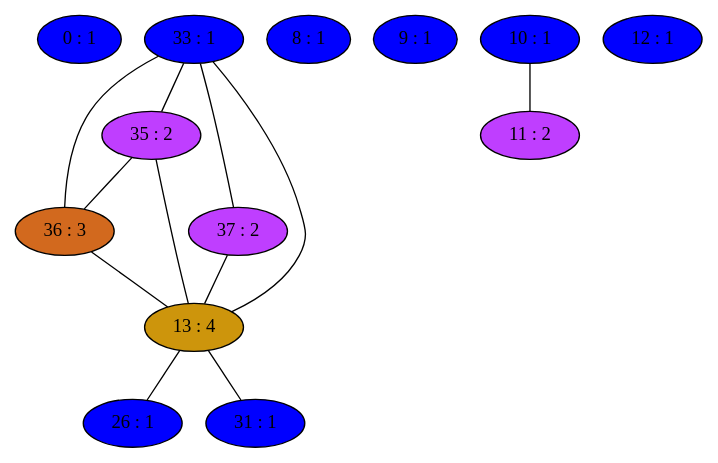
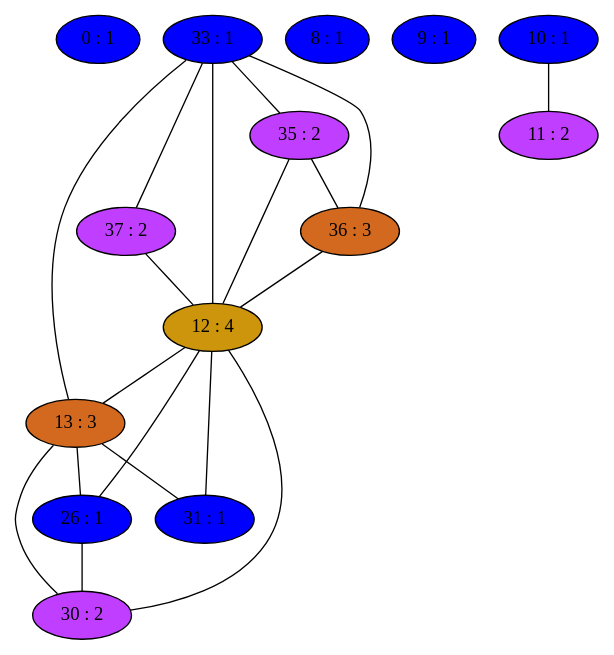
One commit to mbajaj92/Project-Astoria changed the diagram in Compiler/27iGraph.dot. Above: the diagram before and after it, drawn with Graphviz. The commit also changed 42 other files, not shown here.

```diff
--- a/Compiler/27iGraph.dot
+++ b/Compiler/27iGraph.dot
@@ -1,37 +1,52 @@
 strict graph {
 0[label="0 : 1" style=filled fillcolor="blue1"];
 33[label="33 : 1" style=filled fillcolor="blue1"];
 33 -- 35
 33 -- 36
 33 -- 37
+33 -- 12
 33 -- 13
 35[label="35 : 2" style=filled fillcolor="darkorchid1"];
 35 -- 33
 35 -- 36
-35 -- 13
+35 -- 12
 36[label="36 : 3" style=filled fillcolor="chocolate"];
 36 -- 33
 36 -- 35
-36 -- 13
+36 -- 12
 37[label="37 : 2" style=filled fillcolor="darkorchid1"];
 37 -- 33
-37 -- 13
+37 -- 12
 8[label="8 : 1" style=filled fillcolor="blue1"];
 9[label="9 : 1" style=filled fillcolor="blue1"];
 10[label="10 : 1" style=filled fillcolor="blue1"];
 10 -- 11
 11[label="11 : 2" style=filled fillcolor="darkorchid1"];
 11 -- 10
-12[label="12 : 1" style=filled fillcolor="blue1"];
-13[label="13 : 4" style=filled fillcolor="darkgoldenrod3"];
+12[label="12 : 4" style=filled fillcolor="darkgoldenrod3"];
+12 -- 33
+12 -- 35
+12 -- 36
+12 -- 37
+12 -- 26
+12 -- 13
+12 -- 30
+12 -- 31
+13[label="13 : 3" style=filled fillcolor="chocolate"];
 13 -- 33
-13 -- 35
-13 -- 36
-13 -- 37
 13 -- 26
+13 -- 12
+13 -- 30
 13 -- 31
 26[label="26 : 1" style=filled fillcolor="blue1"];
+26 -- 12
 26 -- 13
+26 -- 30
+30[label="30 : 2" style=filled fillcolor="darkorchid1"];
+30 -- 26
+30 -- 12
+30 -- 13
 31[label="31 : 1" style=filled fillcolor="blue1"];
+31 -- 12
 31 -- 13
 }
```
